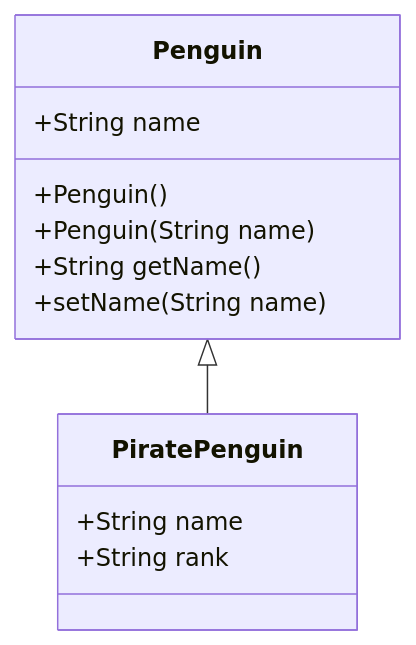
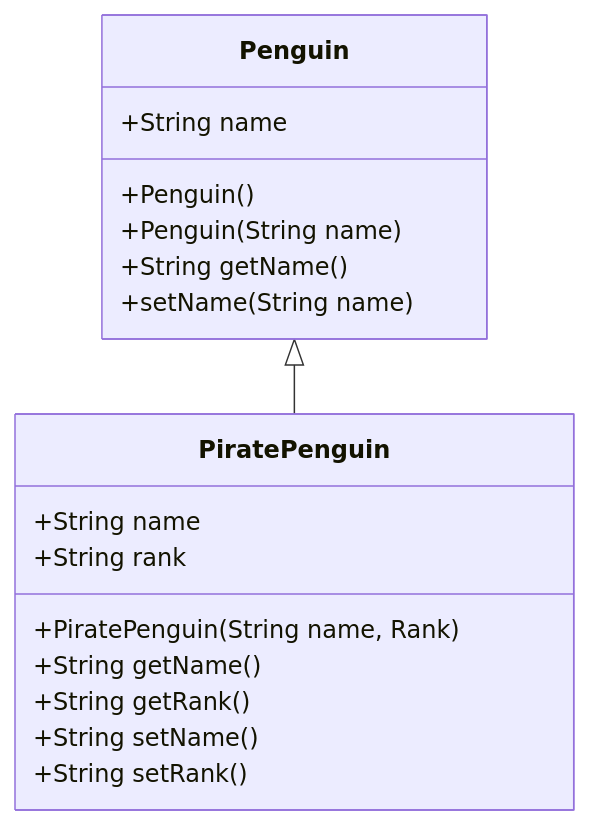
One commit to 0x9ONU/Obsidian-Notes changed the diagram in Programming 2/Week 3/Programming 2 Week 3 - Day 3.md. Above: the diagram before and after it, drawn with Mermaid. The commit also changed other lines of this file and 2 other files, not shown here.

````diff
--- a/Programming 2/Week 3/Programming 2 Week 3 - Day 3.md
+++ b/Programming 2/Week 3/Programming 2 Week 3 - Day 3.md
@@ -168,16 +170,21 @@
 ```mermaid
 classDiagram
 Penguin <|-- PiratePenguin
 class Penguin {
     +String name
     +Penguin()
     +Penguin(String name)
     +String getName() 
     +setName(String name)
 }
 class PiratePenguin {
 	+String name
 	+String rank
+	+PiratePenguin(String name, Rank)
+	+String getName()
+	+String getRank()
+	+String setName()
+	+String setRank()
 }
 
 ```
````
